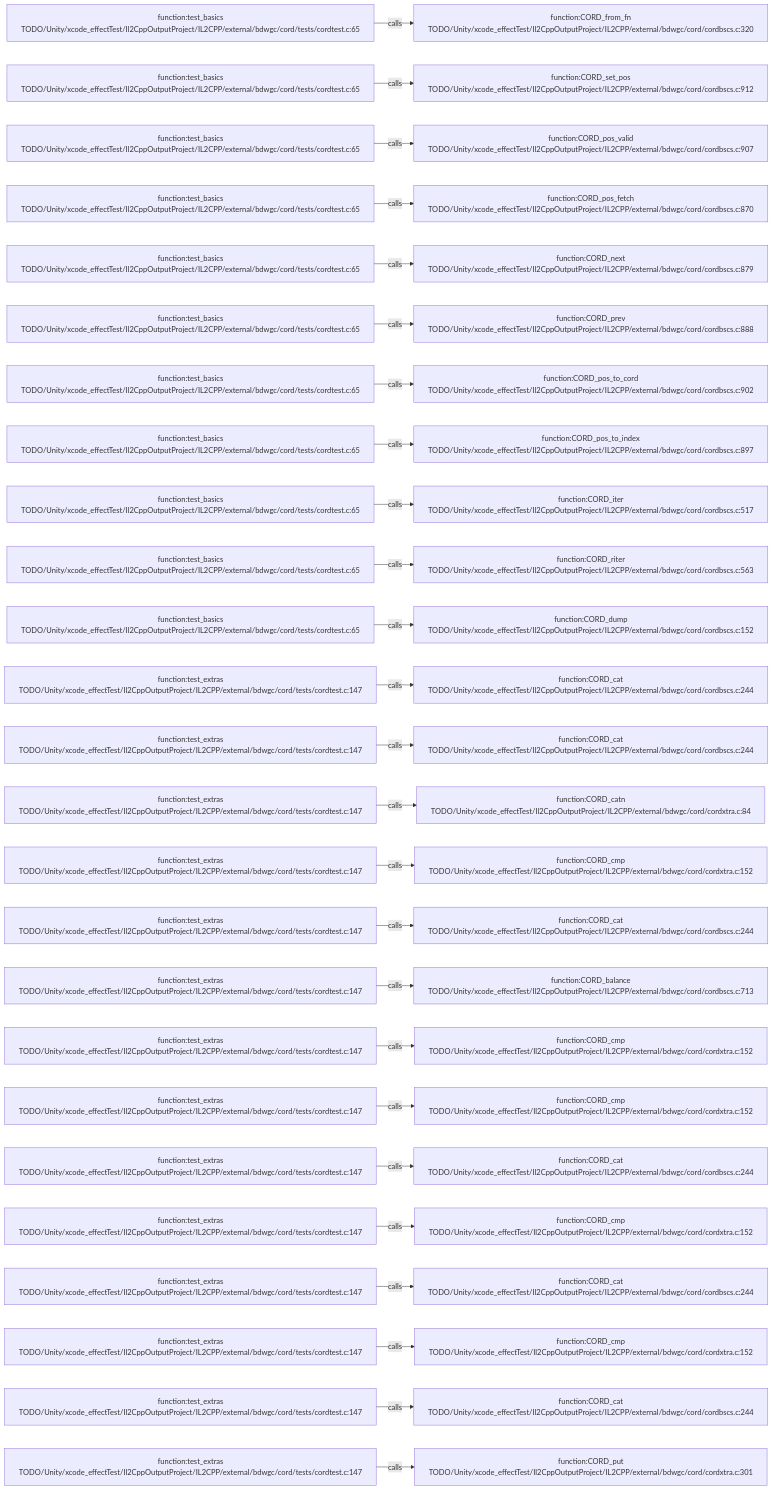
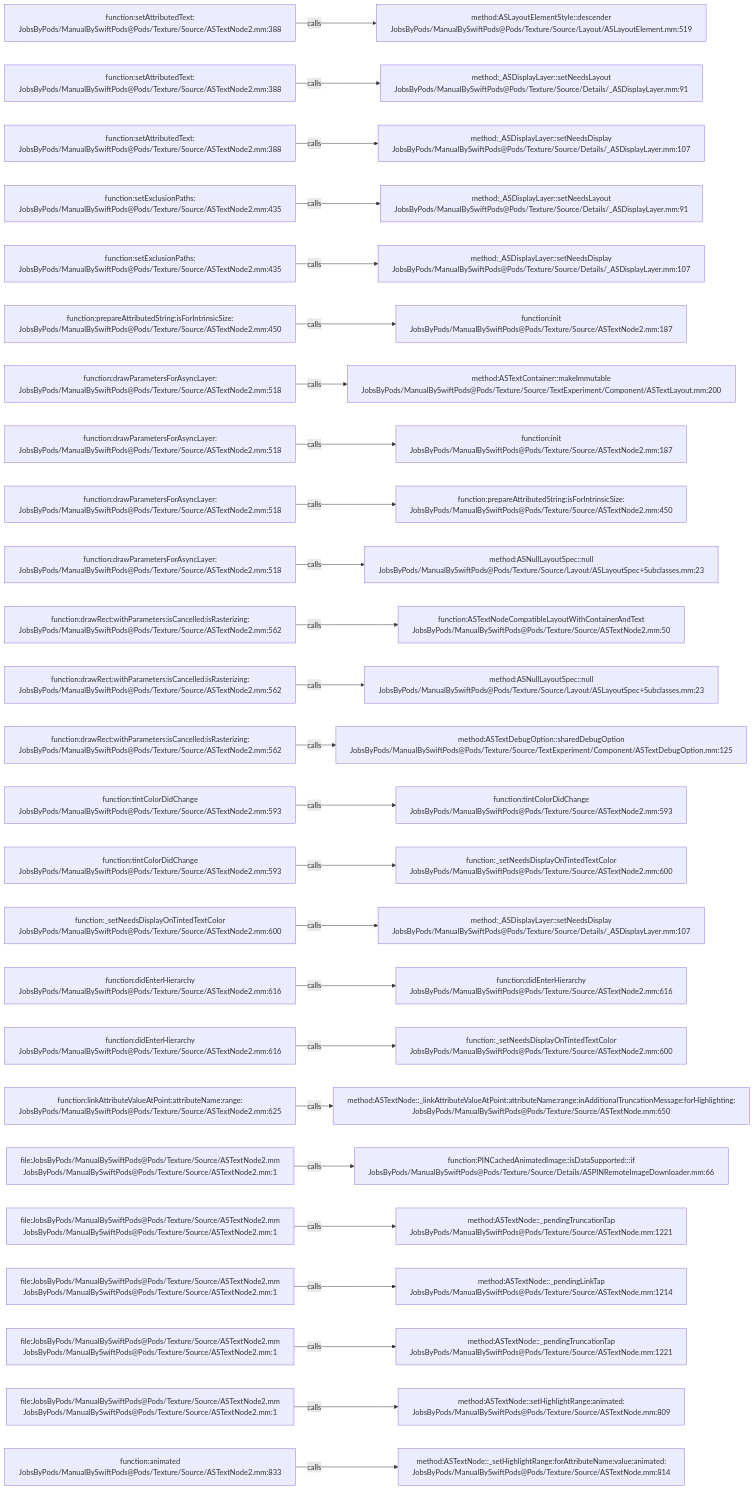
One commit to JobsKits/JobsSwiftBaseConfigDemo changed the diagram in .codegraph/codegraph.md/graphs/calls-090.md. Above: the diagram before and after it, drawn with Mermaid. The commit also changed 2959 other files, not shown here.

````diff
--- a/.codegraph/codegraph.md/graphs/calls-090.md
+++ b/.codegraph/codegraph.md/graphs/calls-090.md
@@ -13,78 +13,78 @@
 ```mermaid
 flowchart LR
-  S1["function:test_basics<br/>TODO/Unity/xcode_effectTest/Il2CppOutputProject/IL2CPP/external/bdwgc/cord/tests/cordtest.c:65"]
-  T1["function:CORD_from_fn<br/>TODO/Unity/xcode_effectTest/Il2CppOutputProject/IL2CPP/external/bdwgc/cord/cordbscs.c:320"]
+  S1["function:setAttributedText:<br/>JobsByPods/ManualBySwiftPods@Pods/Texture/Source/ASTextNode2.mm:388"]
+  T1["method:ASLayoutElementStyle::descender<br/>JobsByPods/ManualBySwiftPods@Pods/Texture/Source/Layout/ASLayoutElement.mm:519"]
   S1 -->|calls| T1
-  S2["function:test_basics<br/>TODO/Unity/xcode_effectTest/Il2CppOutputProject/IL2CPP/external/bdwgc/cord/tests/cordtest.c:65"]
-  T2["function:CORD_set_pos<br/>TODO/Unity/xcode_effectTest/Il2CppOutputProject/IL2CPP/external/bdwgc/cord/cordbscs.c:912"]
+  S2["function:setAttributedText:<br/>JobsByPods/ManualBySwiftPods@Pods/Texture/Source/ASTextNode2.mm:388"]
+  T2["method:_ASDisplayLayer::setNeedsLayout<br/>JobsByPods/ManualBySwiftPods@Pods/Texture/Source/Details/_ASDisplayLayer.mm:91"]
   S2 -->|calls| T2
-  S3["function:test_basics<br/>TODO/Unity/xcode_effectTest/Il2CppOutputProject/IL2CPP/external/bdwgc/cord/tests/cordtest.c:65"]
-  T3["function:CORD_pos_valid<br/>TODO/Unity/xcode_effectTest/Il2CppOutputProject/IL2CPP/external/bdwgc/cord/cordbscs.c:907"]
+  S3["function:setAttributedText:<br/>JobsByPods/ManualBySwiftPods@Pods/Texture/Source/ASTextNode2.mm:388"]
+  T3["method:_ASDisplayLayer::setNeedsDisplay<br/>JobsByPods/ManualBySwiftPods@Pods/Texture/Source/Details/_ASDisplayLayer.mm:107"]
   S3 -->|calls| T3
-  S4["function:test_basics<br/>TODO/Unity/xcode_effectTest/Il2CppOutputProject/IL2CPP/external/bdwgc/cord/tests/cordtest.c:65"]
-  T4["function:CORD_pos_fetch<br/>TODO/Unity/xcode_effectTest/Il2CppOutputProject/IL2CPP/external/bdwgc/cord/cordbscs.c:870"]
+  S4["function:setExclusionPaths:<br/>JobsByPods/ManualBySwiftPods@Pods/Texture/Source/ASTextNode2.mm:435"]
+  T4["method:_ASDisplayLayer::setNeedsLayout<br/>JobsByPods/ManualBySwiftPods@Pods/Texture/Source/Details/_ASDisplayLayer.mm:91"]
   S4 -->|calls| T4
-  S5["function:test_basics<br/>TODO/Unity/xcode_effectTest/Il2CppOutputProject/IL2CPP/external/bdwgc/cord/tests/cordtest.c:65"]
-  T5["function:CORD_next<br/>TODO/Unity/xcode_effectTest/Il2CppOutputProject/IL2CPP/external/bdwgc/cord/cordbscs.c:879"]
+  S5["function:setExclusionPaths:<br/>JobsByPods/ManualBySwiftPods@Pods/Texture/Source/ASTextNode2.mm:435"]
+  T5["method:_ASDisplayLayer::setNeedsDisplay<br/>JobsByPods/ManualBySwiftPods@Pods/Texture/Source/Details/_ASDisplayLayer.mm:107"]
   S5 -->|calls| T5
-  S6["function:test_basics<br/>TODO/Unity/xcode_effectTest/Il2CppOutputProject/IL2CPP/external/bdwgc/cord/tests/cordtest.c:65"]
-  T6["function:CORD_prev<br/>TODO/Unity/xcode_effectTest/Il2CppOutputProject/IL2CPP/external/bdwgc/cord/cordbscs.c:888"]
+  S6["function:prepareAttributedString:isForIntrinsicSize:<br/>JobsByPods/ManualBySwiftPods@Pods/Texture/Source/ASTextNode2.mm:450"]
+  T6["function:init<br/>JobsByPods/ManualBySwiftPods@Pods/Texture/Source/ASTextNode2.mm:187"]
   S6 -->|calls| T6
-  S7["function:test_basics<br/>TODO/Unity/xcode_effectTest/Il2CppOutputProject/IL2CPP/external/bdwgc/cord/tests/cordtest.c:65"]
-  T7["function:CORD_pos_to_cord<br/>TODO/Unity/xcode_effectTest/Il2CppOutputProject/IL2CPP/external/bdwgc/cord/cordbscs.c:902"]
+  S7["function:drawParametersForAsyncLayer:<br/>JobsByPods/ManualBySwiftPods@Pods/Texture/Source/ASTextNode2.mm:518"]
+  T7["method:ASTextContainer::makeImmutable<br/>JobsByPods/ManualBySwiftPods@Pods/Texture/Source/TextExperiment/Component/ASTextLayout.mm:200"]
   S7 -->|calls| T7
-  S8["function:test_basics<br/>TODO/Unity/xcode_effectTest/Il2CppOutputProject/IL2CPP/external/bdwgc/cord/tests/cordtest.c:65"]
-  T8["function:CORD_pos_to_index<br/>TODO/Unity/xcode_effectTest/Il2CppOutputProject/IL2CPP/external/bdwgc/cord/cordbscs.c:897"]
+  S8["function:drawParametersForAsyncLayer:<br/>JobsByPods/ManualBySwiftPods@Pods/Texture/Source/ASTextNode2.mm:518"]
+  T8["function:init<br/>JobsByPods/ManualBySwiftPods@Pods/Texture/Source/ASTextNode2.mm:187"]
   S8 -->|calls| T8
-  S9["function:test_basics<br/>TODO/Unity/xcode_effectTest/Il2CppOutputProject/IL2CPP/external/bdwgc/cord/tests/cordtest.c:65"]
-  T9["function:CORD_iter<br/>TODO/Unity/xcode_effectTest/Il2CppOutputProject/IL2CPP/external/bdwgc/cord/cordbscs.c:517"]
+  S9["function:drawParametersForAsyncLayer:<br/>JobsByPods/ManualBySwiftPods@Pods/Texture/Source/ASTextNode2.mm:518"]
+  T9["function:prepareAttributedString:isForIntrinsicSize:<br/>JobsByPods/ManualBySwiftPods@Pods/Texture/Source/ASTextNode2.mm:450"]
   S9 -->|calls| T9
-  S10["function:test_basics<br/>TODO/Unity/xcode_effectTest/Il2CppOutputProject/IL2CPP/external/bdwgc/cord/tests/cordtest.c:65"]
-  T10["function:CORD_riter<br/>TODO/Unity/xcode_effectTest/Il2CppOutputProject/IL2CPP/external/bdwgc/cord/cordbscs.c:563"]
+  S10["function:drawParametersForAsyncLayer:<br/>JobsByPods/ManualBySwiftPods@Pods/Texture/Source/ASTextNode2.mm:518"]
+  T10["method:ASNullLayoutSpec::null<br/>JobsByPods/ManualBySwiftPods@Pods/Texture/Source/Layout/ASLayoutSpec+Subclasses.mm:23"]
   S10 -->|calls| T10
-  S11["function:test_basics<br/>TODO/Unity/xcode_effectTest/Il2CppOutputProject/IL2CPP/external/bdwgc/cord/tests/cordtest.c:65"]
-  T11["function:CORD_dump<br/>TODO/Unity/xcode_effectTest/Il2CppOutputProject/IL2CPP/external/bdwgc/cord/cordbscs.c:152"]
+  S11["function:drawRect:withParameters:isCancelled:isRasterizing:<br/>JobsByPods/ManualBySwiftPods@Pods/Texture/Source/ASTextNode2.mm:562"]
+  T11["function:ASTextNodeCompatibleLayoutWithContainerAndText<br/>JobsByPods/ManualBySwiftPods@Pods/Texture/Source/ASTextNode2.mm:50"]
   S11 -->|calls| T11
-  S12["function:test_extras<br/>TODO/Unity/xcode_effectTest/Il2CppOutputProject/IL2CPP/external/bdwgc/cord/tests/cordtest.c:147"]
-  T12["function:CORD_cat<br/>TODO/Unity/xcode_effectTest/Il2CppOutputProject/IL2CPP/external/bdwgc/cord/cordbscs.c:244"]
+  S12["function:drawRect:withParameters:isCancelled:isRasterizing:<br/>JobsByPods/ManualBySwiftPods@Pods/Texture/Source/ASTextNode2.mm:562"]
+  T12["method:ASNullLayoutSpec::null<br/>JobsByPods/ManualBySwiftPods@Pods/Texture/Source/Layout/ASLayoutSpec+Subclasses.mm:23"]
   S12 -->|calls| T12
-  S13["function:test_extras<br/>TODO/Unity/xcode_effectTest/Il2CppOutputProject/IL2CPP/external/bdwgc/cord/tests/cordtest.c:147"]
-  T13["function:CORD_cat<br/>TODO/Unity/xcode_effectTest/Il2CppOutputProject/IL2CPP/external/bdwgc/cord/cordbscs.c:244"]
+  S13["function:drawRect:withParameters:isCancelled:isRasterizing:<br/>JobsByPods/ManualBySwiftPods@Pods/Texture/Source/ASTextNode2.mm:562"]
+  T13["method:ASTextDebugOption::sharedDebugOption<br/>JobsByPods/ManualBySwiftPods@Pods/Texture/Source/TextExperiment/Component/ASTextDebugOption.mm:125"]
   S13 -->|calls| T13
-  S14["function:test_extras<br/>TODO/Unity/xcode_effectTest/Il2CppOutputProject/IL2CPP/external/bdwgc/cord/tests/cordtest.c:147"]
-  T14["function:CORD_catn<br/>TODO/Unity/xcode_effectTest/Il2CppOutputProject/IL2CPP/external/bdwgc/cord/cordxtra.c:84"]
+  S14["function:tintColorDidChange<br/>JobsByPods/ManualBySwiftPods@Pods/Texture/Source/ASTextNode2.mm:593"]
+  T14["function:tintColorDidChange<br/>JobsByPods/ManualBySwiftPods@Pods/Texture/Source/ASTextNode2.mm:593"]
   S14 -->|calls| T14
-  S15["function:test_extras<br/>TODO/Unity/xcode_effectTest/Il2CppOutputProject/IL2CPP/external/bdwgc/cord/tests/cordtest.c:147"]
-  T15["function:CORD_cmp<br/>TODO/Unity/xcode_effectTest/Il2CppOutputProject/IL2CPP/external/bdwgc/cord/cordxtra.c:152"]
+  S15["function:tintColorDidChange<br/>JobsByPods/ManualBySwiftPods@Pods/Texture/Source/ASTextNode2.mm:593"]
+  T15["function:_setNeedsDisplayOnTintedTextColor<br/>JobsByPods/ManualBySwiftPods@Pods/Texture/Source/ASTextNode2.mm:600"]
   S15 -->|calls| T15
-  S16["function:test_extras<br/>TODO/Unity/xcode_effectTest/Il2CppOutputProject/IL2CPP/external/bdwgc/cord/tests/cordtest.c:147"]
-  T16["function:CORD_cat<br/>TODO/Unity/xcode_effectTest/Il2CppOutputProject/IL2CPP/external/bdwgc/cord/cordbscs.c:244"]
+  S16["function:_setNeedsDisplayOnTintedTextColor<br/>JobsByPods/ManualBySwiftPods@Pods/Texture/Source/ASTextNode2.mm:600"]
+  T16["method:_ASDisplayLayer::setNeedsDisplay<br/>JobsByPods/ManualBySwiftPods@Pods/Texture/Source/Details/_ASDisplayLayer.mm:107"]
   S16 -->|calls| T16
-  S17["function:test_extras<br/>TODO/Unity/xcode_effectTest/Il2CppOutputProject/IL2CPP/external/bdwgc/cord/tests/cordtest.c:147"]
-  T17["function:CORD_balance<br/>TODO/Unity/xcode_effectTest/Il2CppOutputProject/IL2CPP/external/bdwgc/cord/cordbscs.c:713"]
+  S17["function:didEnterHierarchy<br/>JobsByPods/ManualBySwiftPods@Pods/Texture/Source/ASTextNode2.mm:616"]
+  T17["function:didEnterHierarchy<br/>JobsByPods/ManualBySwiftPods@Pods/Texture/Source/ASTextNode2.mm:616"]
   S17 -->|calls| T17
-  S18["function:test_extras<br/>TODO/Unity/xcode_effectTest/Il2CppOutputProject/IL2CPP/external/bdwgc/cord/tests/cordtest.c:147"]
-  T18["function:CORD_cmp<br/>TODO/Unity/xcode_effectTest/Il2CppOutputProject/IL2CPP/external/bdwgc/cord/cordxtra.c:152"]
+  S18["function:didEnterHierarchy<br/>JobsByPods/ManualBySwiftPods@Pods/Texture/Source/ASTextNode2.mm:616"]
+  T18["function:_setNeedsDisplayOnTintedTextColor<br/>JobsByPods/ManualBySwiftPods@Pods/Texture/Source/ASTextNode2.mm:600"]
   S18 -->|calls| T18
-  S19["function:test_extras<br/>TODO/Unity/xcode_effectTest/Il2CppOutputProject/IL2CPP/external/bdwgc/cord/tests/cordtest.c:147"]
-  T19["function:CORD_cmp<br/>TODO/Unity/xcode_effectTest/Il2CppOutputProject/IL2CPP/external/bdwgc/cord/cordxtra.c:152"]
+  S19["function:linkAttributeValueAtPoint:attributeName:range:<br/>JobsByPods/ManualBySwiftPods@Pods/Texture/Source/ASTextNode2.mm:625"]
+  T19["method:ASTextNode::_linkAttributeValueAtPoint:attributeName:range:inAdditionalTruncationMessage:forHighlighting:<br/>JobsByPods/ManualBySwiftPods@Pods/Texture/Source/ASTextNode.mm:650"]
   S19 -->|calls| T19
-  S20["function:test_extras<br/>TODO/Unity/xcode_effectTest/Il2CppOutputProject/IL2CPP/external/bdwgc/cord/tests/cordtest.c:147"]
-  T20["function:CORD_cat<br/>TODO/Unity/xcode_effectTest/Il2CppOutputProject/IL2CPP/external/bdwgc/cord/cordbscs.c:244"]
+  S20["file:JobsByPods/ManualBySwiftPods@Pods/Texture/Source/ASTextNode2.mm<br/>JobsByPods/ManualBySwiftPods@Pods/Texture/Source/ASTextNode2.mm:1"]
+  T20["function:PINCachedAnimatedImage::isDataSupported:::if<br/>JobsByPods/ManualBySwiftPods@Pods/Texture/Source/Details/ASPINRemoteImageDownloader.mm:66"]
   S20 -->|calls| T20
-  S21["function:test_extras<br/>TODO/Unity/xcode_effectTest/Il2CppOutputProject/IL2CPP/external/bdwgc/cord/tests/cordtest.c:147"]
-  T21["function:CORD_cmp<br/>TODO/Unity/xcode_effectTest/Il2CppOutputProject/IL2CPP/external/bdwgc/cord/cordxtra.c:152"]
+  S21["file:JobsByPods/ManualBySwiftPods@Pods/Texture/Source/ASTextNode2.mm<br/>JobsByPods/ManualBySwiftPods@Pods/Texture/Source/ASTextNode2.mm:1"]
+  T21["method:ASTextNode::_pendingTruncationTap<br/>JobsByPods/ManualBySwiftPods@Pods/Texture/Source/ASTextNode.mm:1221"]
   S21 -->|calls| T21
-  S22["function:test_extras<br/>TODO/Unity/xcode_effectTest/Il2CppOutputProject/IL2CPP/external/bdwgc/cord/tests/cordtest.c:147"]
-  T22["function:CORD_cat<br/>TODO/Unity/xcode_effectTest/Il2CppOutputProject/IL2CPP/external/bdwgc/cord/cordbscs.c:244"]
+  S22["file:JobsByPods/ManualBySwiftPods@Pods/Texture/Source/ASTextNode2.mm<br/>JobsByPods/ManualBySwiftPods@Pods/Texture/Source/ASTextNode2.mm:1"]
+  T22["method:ASTextNode::_pendingLinkTap<br/>JobsByPods/ManualBySwiftPods@Pods/Texture/Source/ASTextNode.mm:1214"]
   S22 -->|calls| T22
-  S23["function:test_extras<br/>TODO/Unity/xcode_effectTest/Il2CppOutputProject/IL2CPP/external/bdwgc/cord/tests/cordtest.c:147"]
-  T23["function:CORD_cmp<br/>TODO/Unity/xcode_effectTest/Il2CppOutputProject/IL2CPP/external/bdwgc/cord/cordxtra.c:152"]
+  S23["file:JobsByPods/ManualBySwiftPods@Pods/Texture/Source/ASTextNode2.mm<br/>JobsByPods/ManualBySwiftPods@Pods/Texture/Source/ASTextNode2.mm:1"]
+  T23["method:ASTextNode::_pendingTruncationTap<br/>JobsByPods/ManualBySwiftPods@Pods/Texture/Source/ASTextNode.mm:1221"]
   S23 -->|calls| T23
-  S24["function:test_extras<br/>TODO/Unity/xcode_effectTest/Il2CppOutputProject/IL2CPP/external/bdwgc/cord/tests/cordtest.c:147"]
-  T24["function:CORD_cat<br/>TODO/Unity/xcode_effectTest/Il2CppOutputProject/IL2CPP/external/bdwgc/cord/cordbscs.c:244"]
+  S24["file:JobsByPods/ManualBySwiftPods@Pods/Texture/Source/ASTextNode2.mm<br/>JobsByPods/ManualBySwiftPods@Pods/Texture/Source/ASTextNode2.mm:1"]
+  T24["method:ASTextNode::setHighlightRange:animated:<br/>JobsByPods/ManualBySwiftPods@Pods/Texture/Source/ASTextNode.mm:809"]
   S24 -->|calls| T24
-  S25["function:test_extras<br/>TODO/Unity/xcode_effectTest/Il2CppOutputProject/IL2CPP/external/bdwgc/cord/tests/cordtest.c:147"]
-  T25["function:CORD_put<br/>TODO/Unity/xcode_effectTest/Il2CppOutputProject/IL2CPP/external/bdwgc/cord/cordxtra.c:301"]
+  S25["function:animated<br/>JobsByPods/ManualBySwiftPods@Pods/Texture/Source/ASTextNode2.mm:833"]
+  T25["method:ASTextNode::_setHighlightRange:forAttributeName:value:animated:<br/>JobsByPods/ManualBySwiftPods@Pods/Texture/Source/ASTextNode.mm:814"]
   S25 -->|calls| T25
 ```
````
